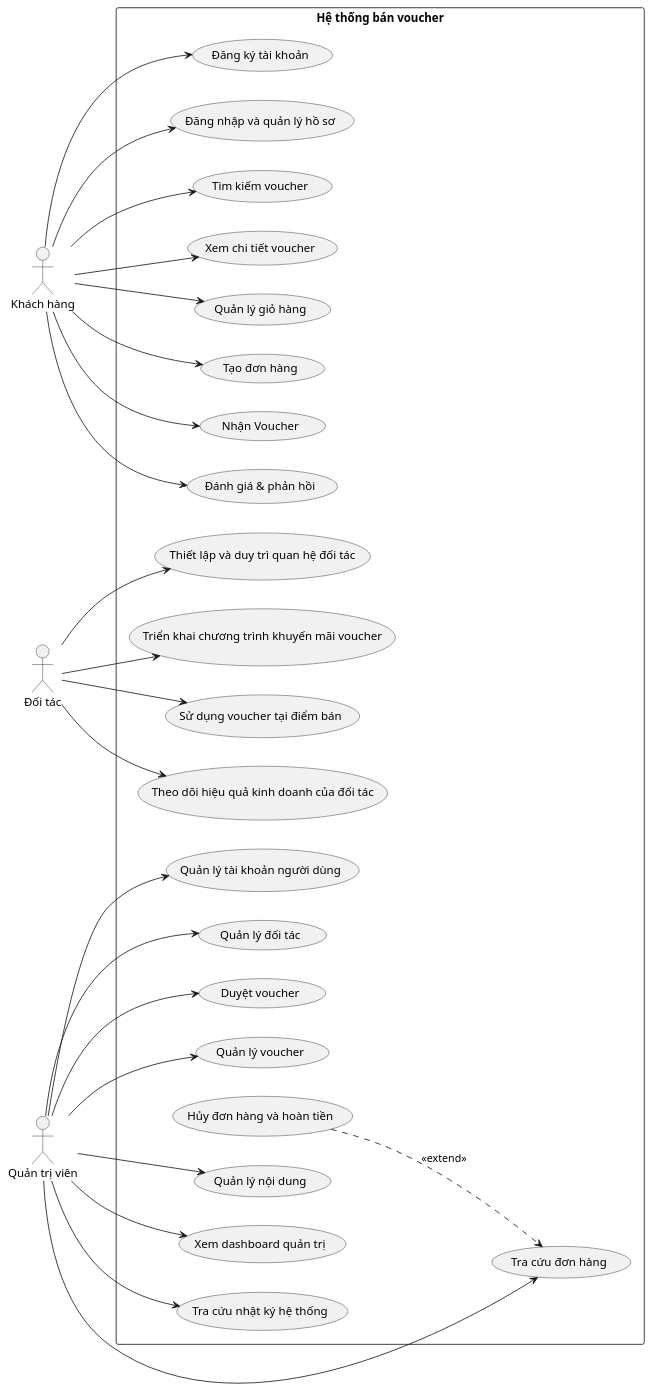
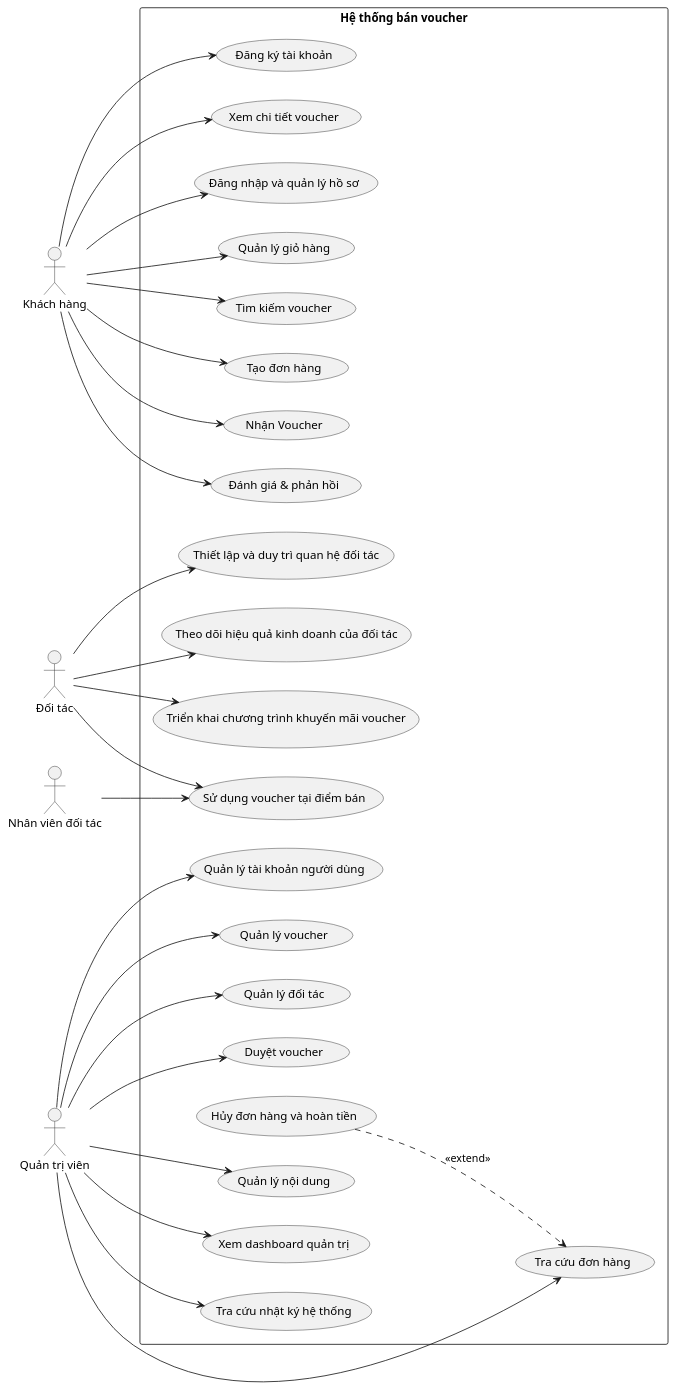
The diagram in doc/business/business_use.wsd (Ngo-The-Dat/e-voucher-system), drawn with PlantUML before and after one commit.

Commit message:
docs: add "Nhân viên đối tác" actor and update use case relationships

```diff
--- a/doc/business/business_use.wsd
+++ b/doc/business/business_use.wsd
@@ -1,67 +1,70 @@
 @startuml
 left to right direction
 
 actor "Khách hàng" as KH
 actor "Đối tác" as DT
+actor "Nhân viên đối tác" as NVDT
 actor "Quản trị viên" as QTV
 
 rectangle "Hệ thống bán voucher" {
 
   ' --- Use Cases cho Khách hàng ---
   usecase "Đăng ký tài khoản" as KH_UC01
   usecase "Đăng nhập và quản lý hồ sơ" as KH_UC02
   usecase "Tìm kiếm voucher" as KH_UC03
   usecase "Xem chi tiết voucher" as KH_UC04
   usecase "Quản lý giỏ hàng" as KH_UC05
   usecase "Tạo đơn hàng" as KH_UC06
   usecase "Nhận Voucher" as KH_UC07
   usecase "Đánh giá & phản hồi" as KH_UC08
 
   ' --- Use Cases cho Đối tác ---
   usecase "Thiết lập và duy trì quan hệ đối tác" as DT_UC01
   usecase "Triển khai chương trình khuyến mãi voucher" as DT_UC02
   usecase "Sử dụng voucher tại điểm bán" as DT_UC03
   usecase "Theo dõi hiệu quả kinh doanh của đối tác" as DT_UC04
 
   ' --- Use Cases cho Quản trị viên ---
   usecase "Quản lý tài khoản người dùng" as QTV_UC1
   usecase "Quản lý đối tác" as QTV_UC2
   usecase "Duyệt voucher" as QTV_UC3
   usecase "Quản lý voucher" as QTV_UC4
   usecase "Tra cứu đơn hàng" as QTV_UC5
   usecase "Hủy đơn hàng và hoàn tiền" as QTV_UC6
   usecase "Quản lý nội dung" as QTV_UC7
   usecase "Xem dashboard quản trị" as QTV_UC8
   usecase "Tra cứu nhật ký hệ thống" as QTV_UC9
 
   ' Mối quan hệ extend giữa các usecase QTV
   QTV_UC6 ..> QTV_UC5 : <<extend>>
 }
 
 ' --- Liên kết Khách hàng ---
 KH --> KH_UC01
 KH --> KH_UC02
 KH --> KH_UC03
 KH --> KH_UC04
 KH --> KH_UC05
 KH --> KH_UC06
 KH --> KH_UC07
 KH --> KH_UC08
 
 ' --- Liên kết Đối tác ---
 DT --> DT_UC01
 DT --> DT_UC02
 DT --> DT_UC03
 DT --> DT_UC04
 
+NVDT --> DT_UC03
+
 ' --- Liên kết Quản trị viên ---
 QTV --> QTV_UC1
 QTV --> QTV_UC2
 QTV --> QTV_UC3
 QTV --> QTV_UC4
 QTV --> QTV_UC5
 QTV --> QTV_UC7
 QTV --> QTV_UC8
 QTV --> QTV_UC9
 
 @enduml
```
